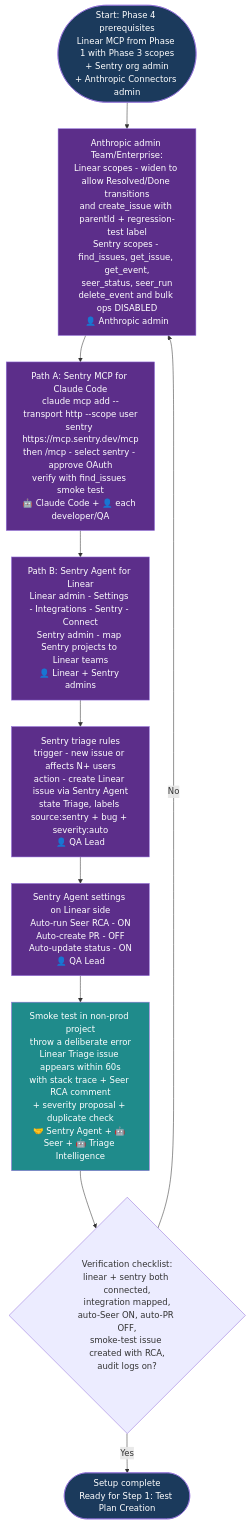
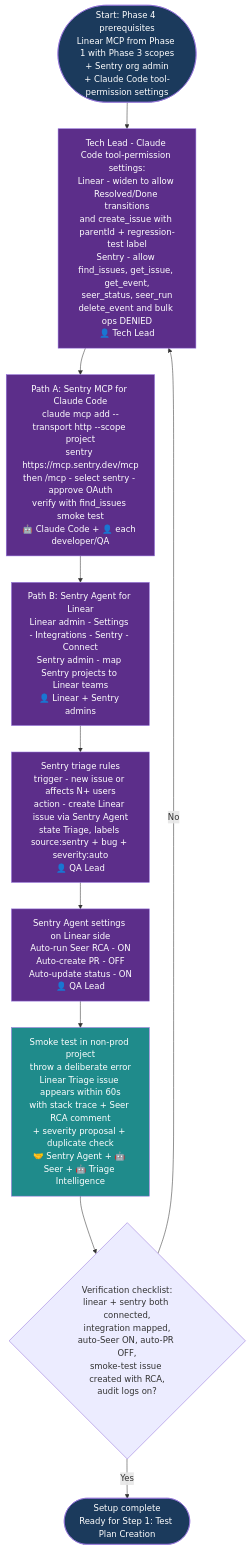
One commit to kalpat-allion/ai-dlc changed the first of 10 diagrams in aidlc-phases/04-testing-and-qa/FLOWCHART.md. Above: the diagram before and after it, drawn with Mermaid. The commit also changed other lines of this file and 25 other files, not shown here.

Commit message:
project scoped mcp

````diff
--- a/aidlc-phases/04-testing-and-qa/FLOWCHART.md
+++ b/aidlc-phases/04-testing-and-qa/FLOWCHART.md
@@ -71,34 +71,34 @@
 ```mermaid
 flowchart TD
-    S0_START([Start: Phase 4 prerequisites<br/>Linear MCP from Phase 1 with Phase 3 scopes<br/>+ Sentry org admin<br/>+ Anthropic Connectors admin]) --> S0_ANTH
+    S0_START([Start: Phase 4 prerequisites<br/>Linear MCP from Phase 1 with Phase 3 scopes<br/>+ Sentry org admin<br/>+ Claude Code tool-permission settings]) --> S0_ANTH
 
-    S0_ANTH[Anthropic admin Team/Enterprise:<br/>Linear scopes - widen to allow Resolved/Done transitions<br/>and create_issue with parentId + regression-test label<br/>Sentry scopes - find_issues, get_issue, get_event,<br/>seer_status, seer_run<br/>delete_event and bulk ops DISABLED<br/>👤 Anthropic admin]
+    S0_ANTH[Tech Lead - Claude Code tool-permission settings:<br/>Linear - widen to allow Resolved/Done transitions<br/>and create_issue with parentId + regression-test label<br/>Sentry - allow find_issues, get_issue, get_event,<br/>seer_status, seer_run<br/>delete_event and bulk ops DENIED<br/>👤 Tech Lead]
     S0_ANTH --> S0_PA
 
-    S0_PA[Path A: Sentry MCP for Claude Code<br/>claude mcp add --transport http --scope user<br/>sentry https://mcp.sentry.dev/mcp<br/>then /mcp - select sentry - approve OAuth<br/>verify with find_issues smoke test<br/>🤖 Claude Code + 👤 each developer/QA]
+    S0_PA[Path A: Sentry MCP for Claude Code<br/>claude mcp add --transport http --scope project<br/>sentry https://mcp.sentry.dev/mcp<br/>then /mcp - select sentry - approve OAuth<br/>verify with find_issues smoke test<br/>🤖 Claude Code + 👤 each developer/QA]
     S0_PA --> S0_PB
 
     S0_PB[Path B: Sentry Agent for Linear<br/>Linear admin - Settings - Integrations - Sentry - Connect<br/>Sentry admin - map Sentry projects to Linear teams<br/>👤 Linear + Sentry admins]
     S0_PB --> S0_PC
 
     S0_PC[Sentry triage rules<br/>trigger - new issue or affects N+ users<br/>action - create Linear issue via Sentry Agent<br/>state Triage, labels source:sentry + bug + severity:auto<br/>👤 QA Lead]
     S0_PC --> S0_PD
 
     S0_PD[Sentry Agent settings on Linear side<br/>Auto-run Seer RCA - ON<br/>Auto-create PR - OFF<br/>Auto-update status - ON<br/>👤 QA Lead]
     S0_PD --> S0_TEST
 
     S0_TEST[Smoke test in non-prod project<br/>throw a deliberate error<br/>Linear Triage issue appears within 60s<br/>with stack trace + Seer RCA comment<br/>+ severity proposal + duplicate check<br/>🤝 Sentry Agent + 🤖 Seer + 🤖 Triage Intelligence]
     S0_TEST --> S0_VERIFY{Verification checklist:<br/>linear + sentry both connected,<br/>integration mapped,<br/>auto-Seer ON, auto-PR OFF,<br/>smoke-test issue created with RCA,<br/>audit logs on?}
 
     S0_VERIFY -- No --> S0_ANTH
     S0_VERIFY -- Yes --> S0_END([Setup complete<br/>Ready for Step 1: Test Plan Creation])
 
     style S0_START fill:#1B3A5C,color:#fff
     style S0_END fill:#1B3A5C,color:#fff
     style S0_ANTH fill:#5C2E8A,color:#fff
     style S0_PA fill:#5C2E8A,color:#fff
     style S0_PB fill:#5C2E8A,color:#fff
     style S0_PC fill:#5C2E8A,color:#fff
     style S0_PD fill:#5C2E8A,color:#fff
     style S0_TEST fill:#1F8B8B,color:#fff
 ```
````
